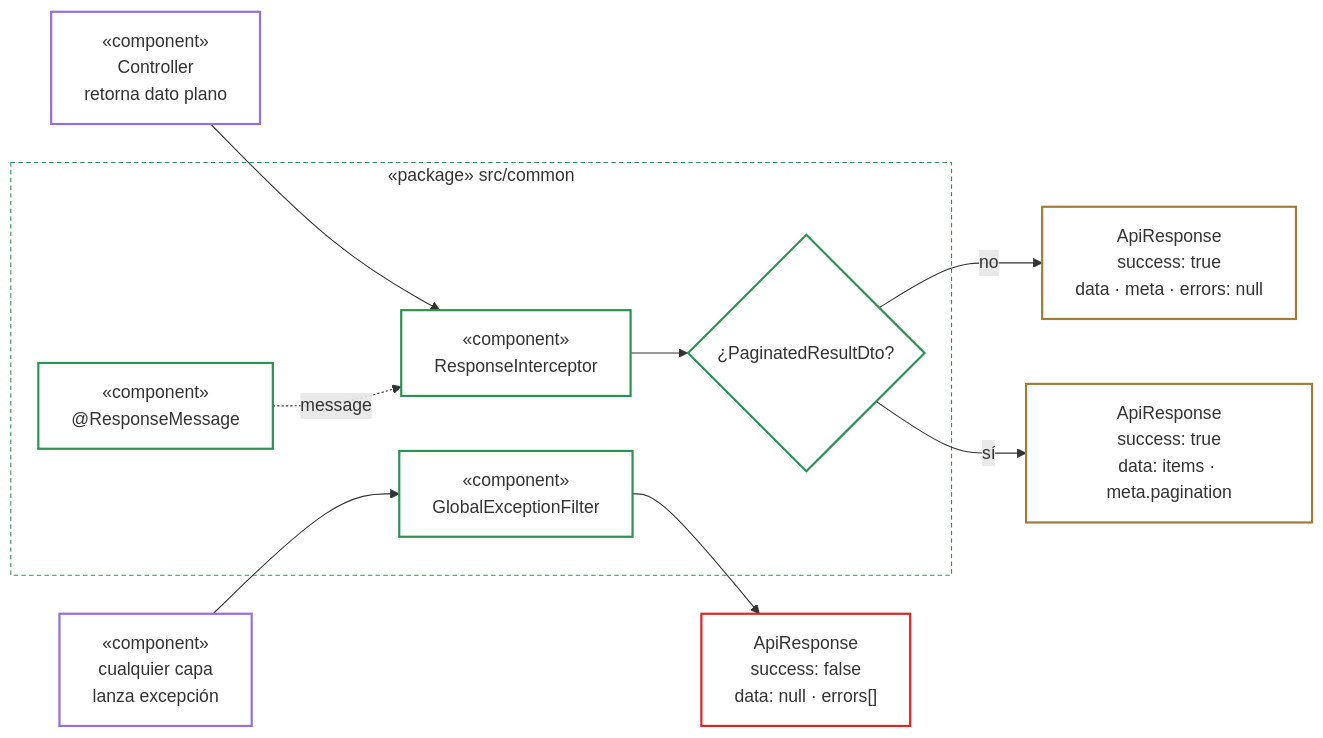
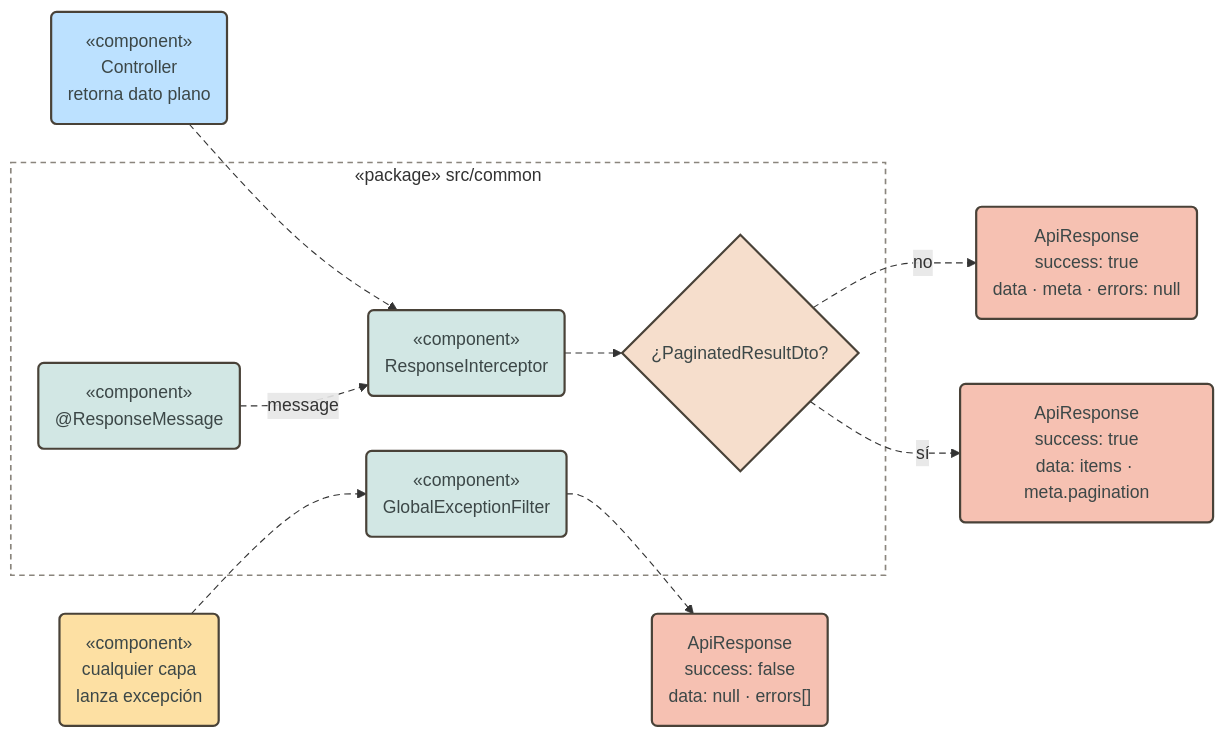
Diagram 11 of 19 in docs/architecture.md (pcarroza91/nest-template), drawn with Mermaid before and after one commit. The commit also changed other lines of this file and 2 other files, not shown here.

First line of the commit message:
docs(architecture): aplica el estilo pastel por rol a los diagramas Mermaid

````diff
--- a/docs/architecture.md
+++ b/docs/architecture.md
@@ -473,32 +453,35 @@
 ```mermaid
 flowchart LR
-    CTRL["«component»<br/>Controller<br/>retorna dato plano"]
-    THROW["«component»<br/>cualquier capa<br/>lanza excepción"]
+    CTRL("«component»<br/>Controller<br/>retorna dato plano")
+    THROW("«component»<br/>cualquier capa<br/>lanza excepción")
     subgraph COMMON["«package» src/common"]
-        INT["«component»<br/>ResponseInterceptor"]
+        INT("«component»<br/>ResponseInterceptor")
         PAGQ{"¿PaginatedResultDto?"}
-        FIL["«component»<br/>GlobalExceptionFilter"]
-        MSG["«component»<br/>@ResponseMessage"]
+        FIL("«component»<br/>GlobalExceptionFilter")
+        MSG("«component»<br/>@ResponseMessage")
     end
-    OK["ApiResponse<br/>success: true<br/>data · meta · errors: null"]
-    OKP["ApiResponse<br/>success: true<br/>data: items · meta.pagination"]
-    ERR["ApiResponse<br/>success: false<br/>data: null · errors[]"]
+    OK("ApiResponse<br/>success: true<br/>data · meta · errors: null")
+    OKP("ApiResponse<br/>success: true<br/>data: items · meta.pagination")
+    ERR("ApiResponse<br/>success: false<br/>data: null · errors[]")
 
     CTRL --> INT
     MSG -. "message" .-> INT
     INT --> PAGQ
     PAGQ -- "no" --> OK
     PAGQ -- "sí" --> OKP
     THROW --> FIL --> ERR
 
-    classDef root fill:transparent,stroke-width:2px
-    classDef pkgShared fill:transparent,stroke:#2f9254,stroke-dasharray:4 3
-    classDef shared fill:transparent,stroke:#2f9254,stroke-width:2px
-    classDef ext fill:transparent,stroke:#a07c3b,stroke-width:2px
-    classDef bad fill:transparent,stroke:#dc2626,stroke-width:2px
-    class CTRL,THROW root
-    class COMMON pkgShared
-    class INT,PAGQ,FIL,MSG shared
-    class OK,OKP ext
-    class ERR bad
+    classDef entry fill:#bce1ff,stroke:#494238,stroke-width:2px,color:#3c4747
+    classDef domain fill:#fde0a3,stroke:#494238,stroke-width:2px,color:#3c4747
+    classDef shared fill:#d2e7e4,stroke:#494238,stroke-width:2px,color:#3c4747
+    classDef ext fill:#f6c1b2,stroke:#494238,stroke-width:2px,color:#3c4747
+    classDef pkg fill:transparent,stroke:#8a857d,stroke-width:1.5px,stroke-dasharray:5 4
+    class CTRL entry
+    class THROW domain
+    class INT,FIL,MSG shared
+    class OK,OKP,ERR ext
+    class COMMON pkg
+    classDef decision fill:#f6decc,stroke:#494238,stroke-width:2px,color:#3c4747
+    class PAGQ decision
+    linkStyle default stroke-dasharray:6 4
 ```
````
